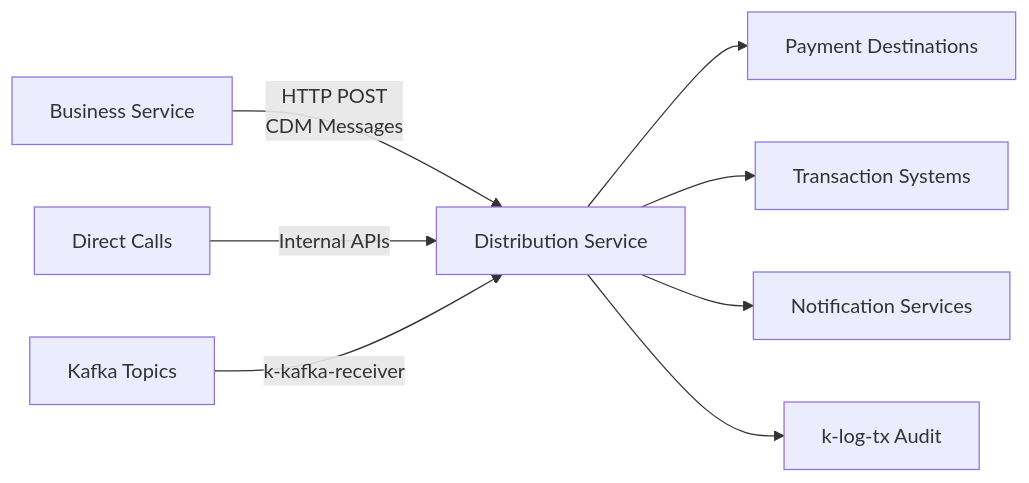
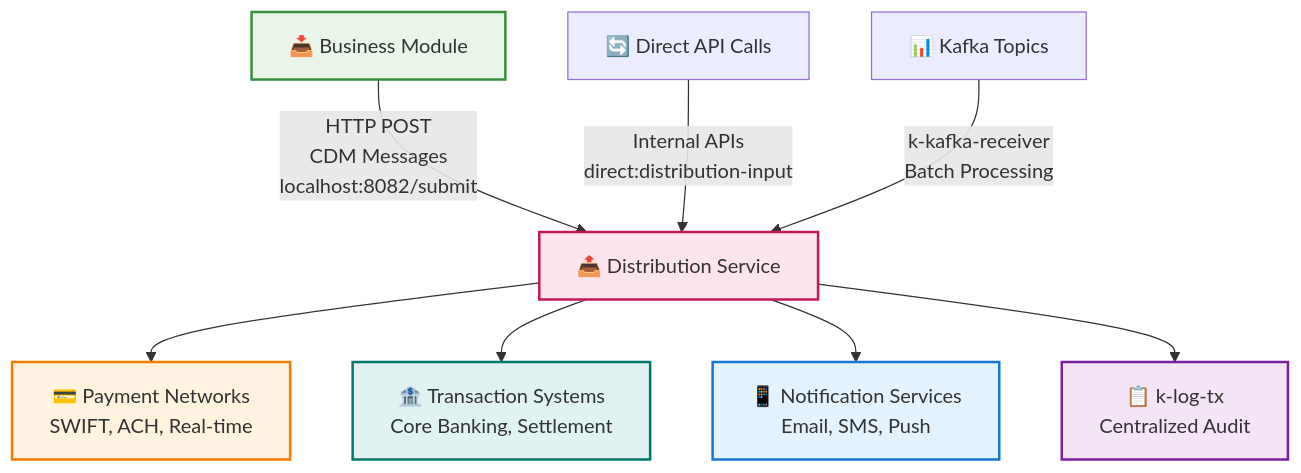
Before and after one commit to nasreddine1985/pixel-v2: the first of 2 diagrams in distribution/README.md, drawn with Mermaid. The commit also changed other lines of this file and 2 other files, not shown here.

````diff
--- a/distribution/README.md
+++ b/distribution/README.md
@@ -27,10 +27,23 @@
 ```mermaid
-flowchart LR
-    A[Business Service] -->|HTTP POST<br/>CDM Messages| B[Distribution Service]
-    C[Direct Calls] -->|Internal APIs| B
-    D[Kafka Topics] -->|k-kafka-receiver| B
-    B --> E[Payment Destinations]
-    B --> F[Transaction Systems]
-    B --> G[Notification Services]
-    B --> H[k-log-tx Audit]
+flowchart TB
+    A[📥 Business Module]
+    B[🔄 Direct API Calls]
+    C[📊 Kafka Topics]
+
+    A -->|HTTP POST<br/>CDM Messages<br/>localhost:8082/submit| D[📤 Distribution Service]
+    B -->|Internal APIs<br/>direct:distribution-input| D
+    C -->|k-kafka-receiver<br/>Batch Processing| D
+
+    D --> E[💳 Payment Networks<br/>SWIFT, ACH, Real-time]
+    D --> F[🏦 Transaction Systems<br/>Core Banking, Settlement]
+    D --> G[📱 Notification Services<br/>Email, SMS, Push]
+    D --> H[📋 k-log-tx<br/>Centralized Audit]
+
+    %% Styling
+    style A fill:#e8f5e8,stroke:#388e3c,stroke-width:2px
+    style D fill:#fce4ec,stroke:#c2185b,stroke-width:2px
+    style E fill:#fff3e0,stroke:#f57c00,stroke-width:2px
+    style F fill:#e0f2f1,stroke:#00796b,stroke-width:2px
+    style G fill:#e3f2fd,stroke:#1976d2,stroke-width:2px
+    style H fill:#f3e5f5,stroke:#7b1fa2,stroke-width:2px
 ```
````
